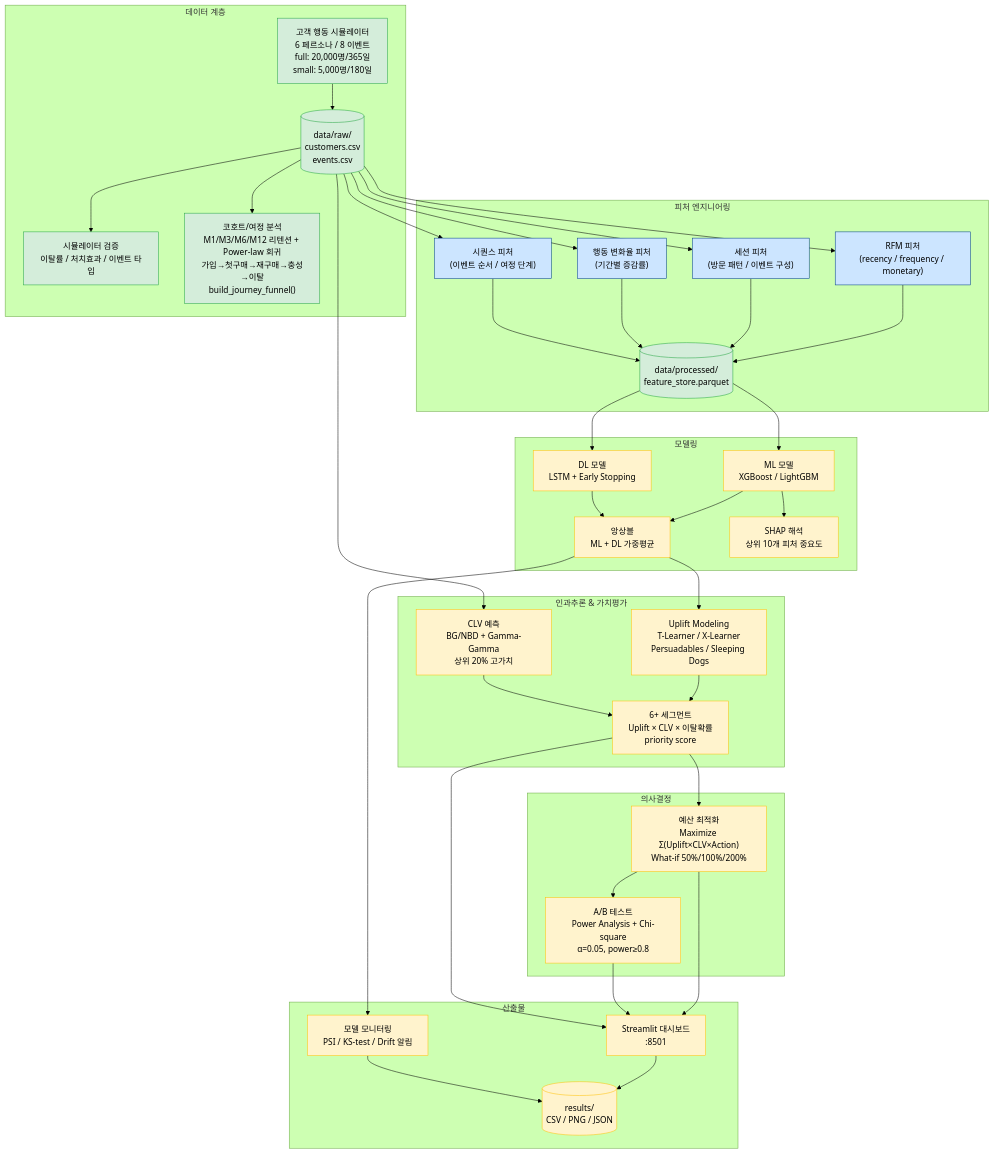
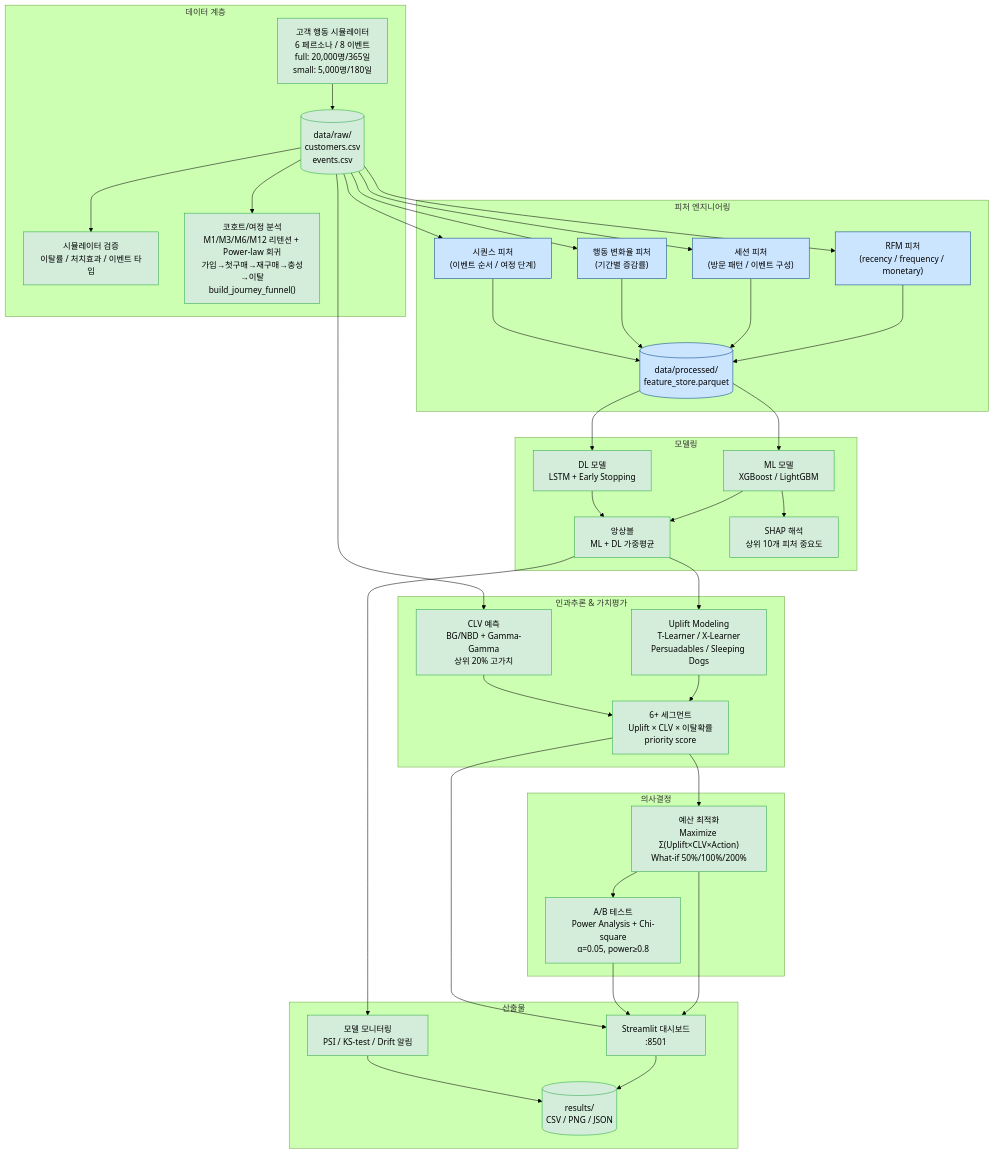
The first of 2 diagrams in README.md (neibler/customer-churn-retention-system), drawn with Mermaid (forest theme) before and after one commit. The commit also changed other lines of this file and 11 other files, not shown here.

````diff
--- a/README.md
+++ b/README.md
@@ -84,63 +84,62 @@
 ```mermaid
 flowchart TB
     subgraph Data["데이터 계층"]
         SIM["고객 행동 시뮬레이터\n6 페르소나 / 8 이벤트\nfull: 20,000명/365일\nsmall: 5,000명/180일"]
         VAL["시뮬레이터 검증\n이탈률 / 처치효과 / 이벤트 타입"]
         RAW[("data/raw/\ncustomers.csv\nevents.csv")]
         COHORT["코호트/여정 분석\nM1/M3/M6/M12 리텐션 + Power-law 회귀\n가입→첫구매→재구매→충성→이탈\nbuild_journey_funnel()"]
         SIM --> RAW --> VAL
         RAW --> COHORT
     end
 
     subgraph Feature["피처 엔지니어링"]
         RFM["RFM 피처\n(recency / frequency / monetary)"]
         SES["세션 피처\n(방문 패턴 / 이벤트 구성)"]
         BEH["행동 변화율 피처\n(기간별 증감률)"]
         SEQ["시퀀스 피처\n(이벤트 순서 / 여정 단계)"]
         STORE[("data/processed/\nfeature_store.parquet")]
         RAW --> RFM & SES & BEH & SEQ
         RFM & SES & BEH & SEQ --> STORE
     end
 
     subgraph Model["모델링"]
         ML["ML 모델\nXGBoost / LightGBM"]
         DL["DL 모델\nLSTM + Early Stopping"]
         ENS["앙상블\nML + DL 가중평균"]
         SHAP["SHAP 해석\n상위 10개 피처 중요도"]
         STORE --> ML & DL
         ML & DL --> ENS
         ML --> SHAP
     end
 
     subgraph Causal["인과추론 & 가치평가"]
         UPLIFT["Uplift Modeling\nT-Learner / X-Learner\nPersuadables / Sleeping Dogs"]
         CLV["CLV 예측\nBG/NBD + Gamma-Gamma\n상위 20% 고가치"]
         SEG["6+ 세그먼트\nUplift × CLV × 이탈확률\npriority score"]
         ENS --> UPLIFT
         RAW --> CLV
         UPLIFT & CLV --> SEG
     end
 
     subgraph Decision["의사결정"]
         OPT["예산 최적화\nMaximize Σ(Uplift×CLV×Action)\nWhat-if 50%/100%/200%"]
         AB["A/B 테스트\nPower Analysis + Chi-square\nα=0.05, power≥0.8"]
         SEG --> OPT
         OPT --> AB
     end
 
     subgraph Output["산출물"]
         DASH["Streamlit 대시보드\n:8501"]
         MON["모델 모니터링\nPSI / KS-test / Drift 알림"]
         REPORT[("results/\nCSV / PNG / JSON")]
         OPT & AB & SEG --> DASH
         ENS --> MON
         DASH & MON --> REPORT
     end
 
     classDef done fill:#d4edda,stroke:#28a745
     classDef wip fill:#fff3cd,stroke:#ffc107
     classDef code fill:#cce5ff,stroke:#004085
-    class SIM,VAL,RAW,STORE,COHORT done
-    class RFM,SES,BEH,SEQ code
-    class ML,DL,ENS,SHAP,UPLIFT,CLV,SEG,OPT,AB,DASH,MON,REPORT wip
+    class SIM,VAL,RAW,COHORT,ML,DL,ENS,SHAP,UPLIFT,CLV,SEG,OPT,AB,DASH,MON,REPORT done
+    class RFM,SES,BEH,SEQ,STORE code
 ```
````
